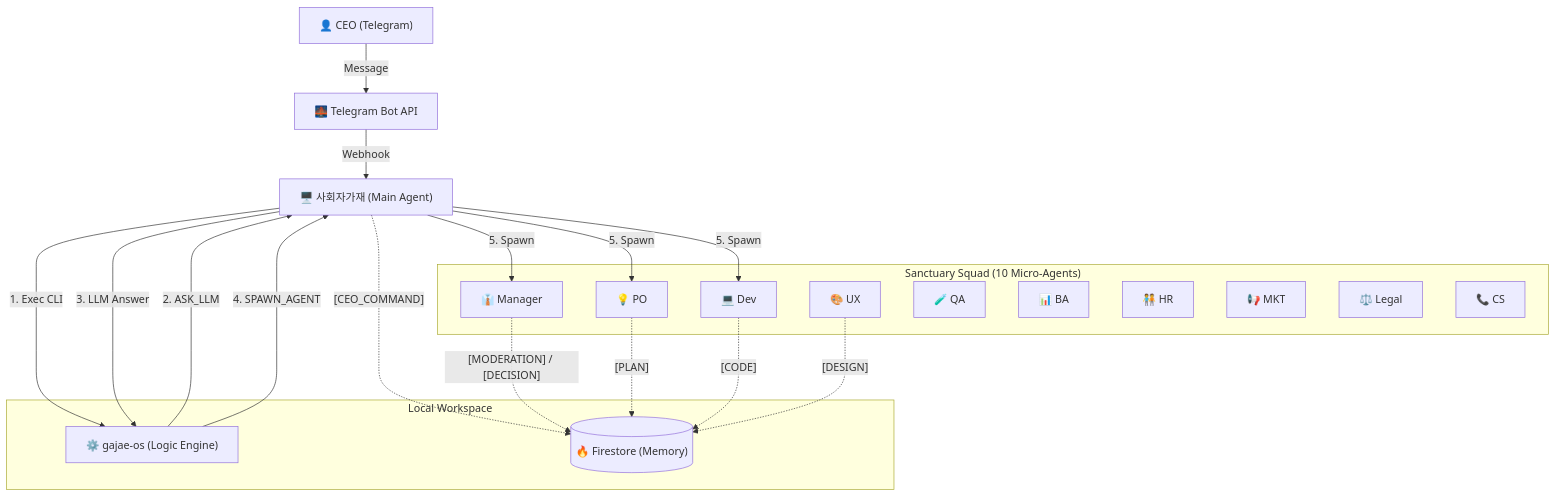
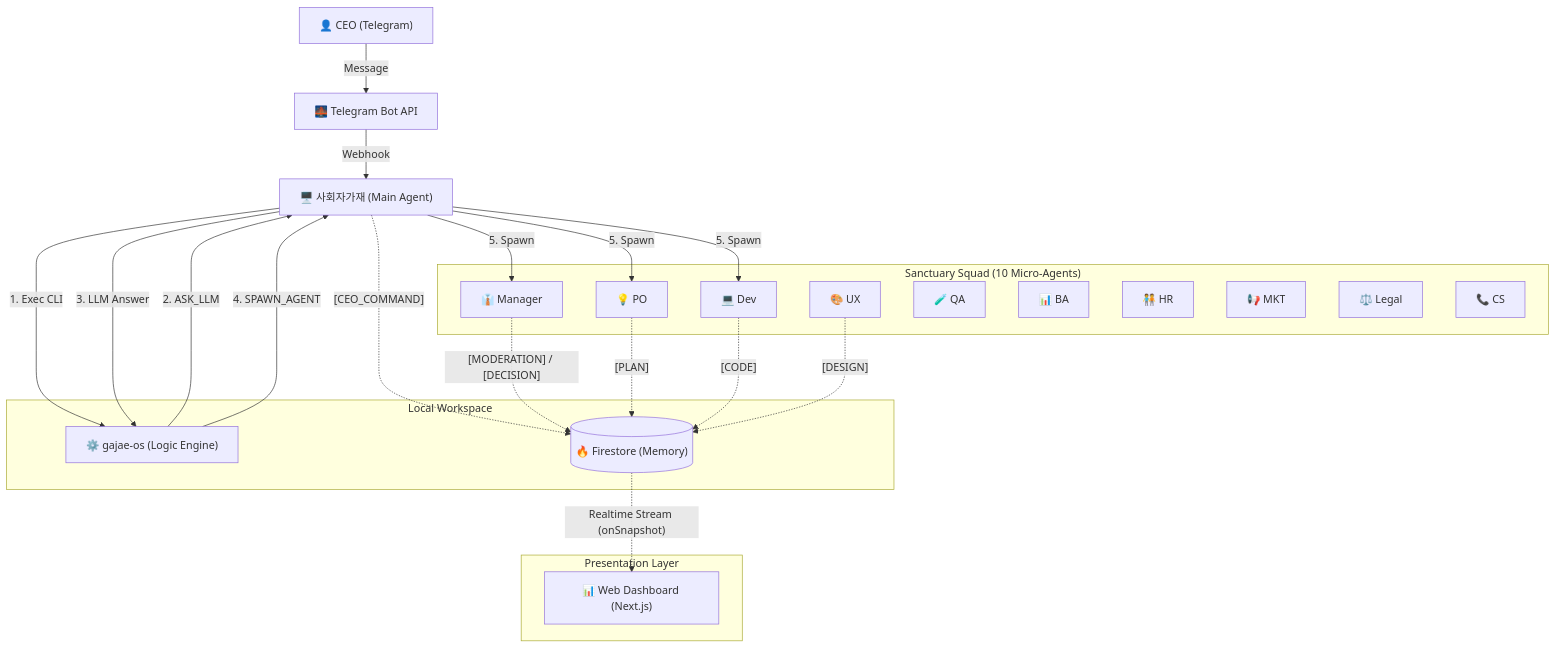
The first of 2 diagrams in docs/core/process/SYSTEM_DESIGN_V1_0.md (KyleL22/yuna-openclaw), drawn with Mermaid before and after one commit. The commit also changed other lines of this file, not shown here.

Commit message:
Docs: Finalize System Design v15.2 (Add Web Dashboard Diagram)

````diff
--- a/docs/core/process/SYSTEM_DESIGN_V1_0.md
+++ b/docs/core/process/SYSTEM_DESIGN_V1_0.md
@@ -13,38 +13,45 @@
 ```mermaid
 graph TD
     User["👤 CEO (Telegram)"] -->|Message| Bridge["🌉 Telegram Bot API"]
     Bridge -->|Webhook| Main["🖥️ 사회자가재 (Main Agent)"]
     
     subgraph "Local Workspace"
         CLI["⚙️ gajae-os (Logic Engine)"]
         DB[("🔥 Firestore (Memory)")]
     end
     
     subgraph "Sanctuary Squad (10 Micro-Agents)"
         PM["👔 Manager"]
         PO["💡 PO"]
         DEV["💻 Dev"]
         UX["🎨 UX"]
         QA["🧪 QA"]
         BA["📊 BA"]
         HR["🧑‍🤝‍🧑 HR"]
         MKT["📢 MKT"]
         LEGAL["⚖️ Legal"]
         CS["📞 CS"]
     end
 
+    subgraph "Presentation Layer"
+        Web["📊 Web Dashboard (Next.js)"]
+    end
+
     Main -- "1. Exec CLI" --> CLI
     CLI -- "2. ASK_LLM" --> Main
     Main -- "3. LLM Answer" --> CLI
     CLI -- "4. SPAWN_AGENT" --> Main
     Main -- "5. Spawn" --> PM
     Main -- "5. Spawn" --> PO
     Main -- "5. Spawn" --> DEV
     
     %% All agents write to DB
     Main -.->|"[CEO_COMMAND]"| DB
     PM -.->|"[MODERATION] / [DECISION]"| DB
     PO -.->|"[PLAN]"| DB
     DEV -.->|"[CODE]"| DB
     UX -.->|"[DESIGN]"| DB
+
+    %% Web View
+    DB -.->|"Realtime Stream (onSnapshot)"| Web
 ```
````
